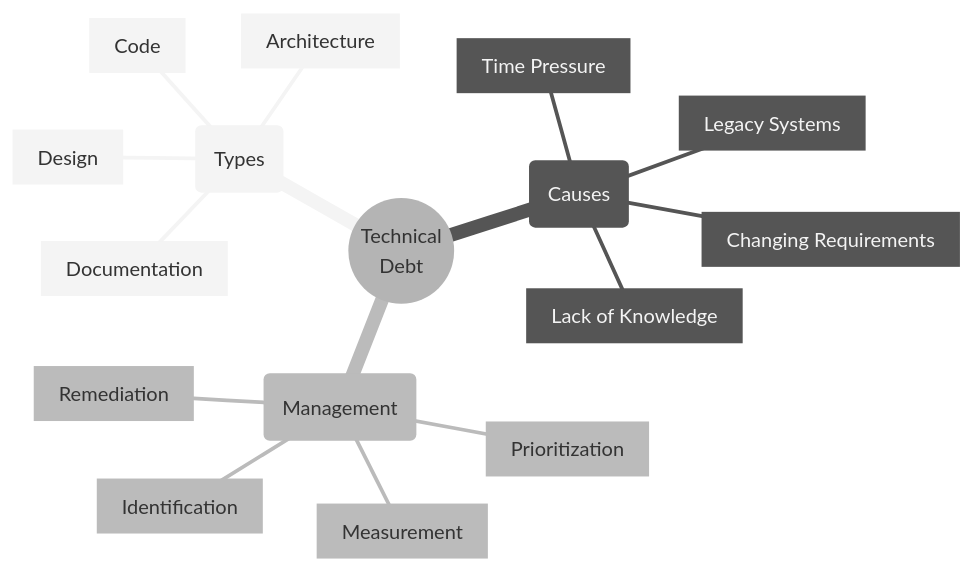
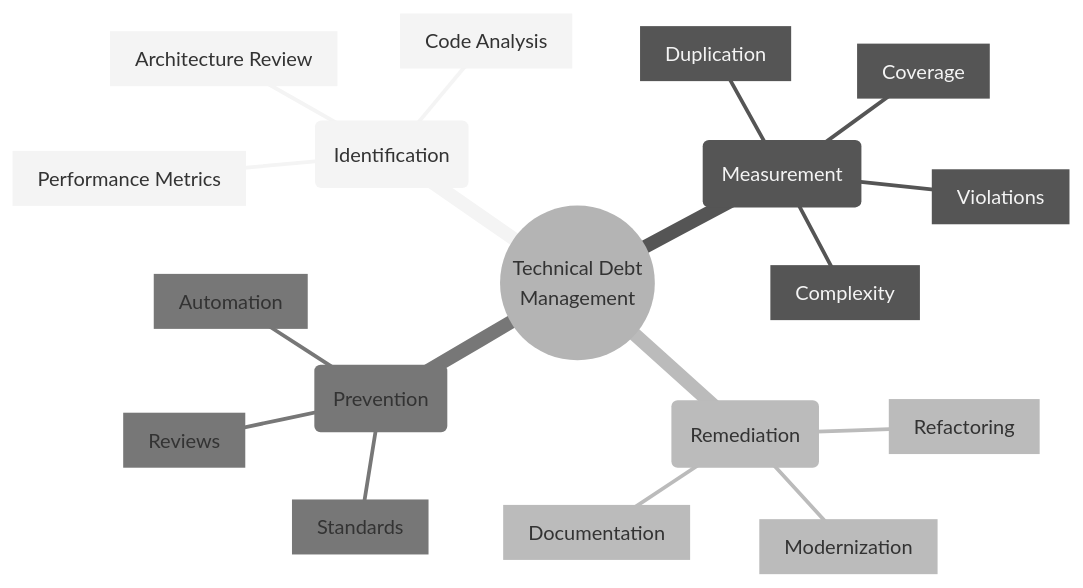
Before and after one commit to saravanakumarrc/Architecture_Journey: the first of 6 diagrams in src/Technical_Debt_Management.md, drawn with Mermaid (neutral theme). The commit also changed other lines of this file and 4 other files, not shown here.

Commit message:
Refactor System Design Principles and Patterns documentation for clarity and conciseness; enhance Technical Debt Management framework with structured metrics and prioritization strategies.

````diff
--- a/src/Technical_Debt_Management.md
+++ b/src/Technical_Debt_Management.md
@@ -3,20 +5,22 @@
 ```mermaid
 mindmap
-    root((Technical
-        Debt))
-        (Types)
-            [Code]
-            [Design]
-            [Architecture]
+    root((Technical Debt
+        Management))
+        (Identification)
+            [Code Analysis]
+            [Architecture Review]
+            [Performance Metrics]
+        (Measurement)
+            [Complexity]
+            [Coverage]
+            [Duplication]
+            [Violations]
+        (Remediation)
+            [Refactoring]
+            [Modernization]
             [Documentation]
-        (Causes)
-            [Time Pressure]
-            [Lack of Knowledge]
-            [Changing Requirements]
-            [Legacy Systems]
-        (Management)
-            [Identification]
-            [Measurement]
-            [Prioritization]
-            [Remediation]
+        (Prevention)
+            [Standards]
+            [Reviews]
+            [Automation]
 ```
````
